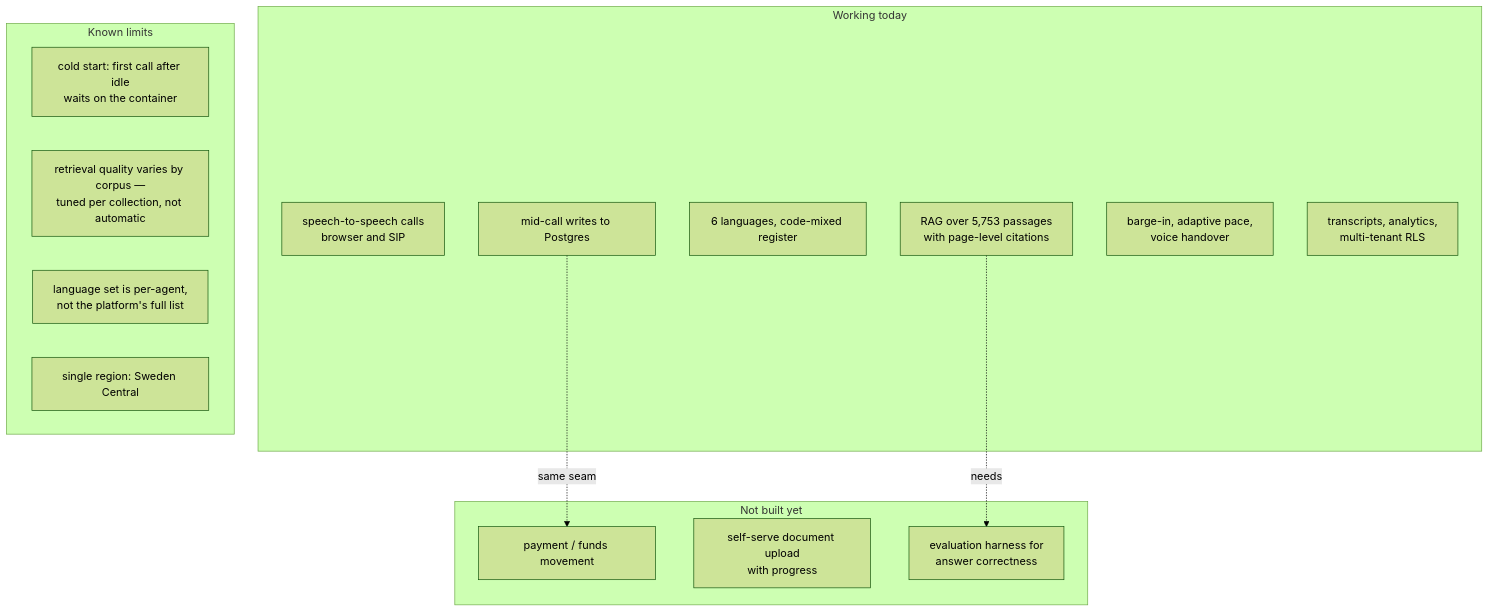
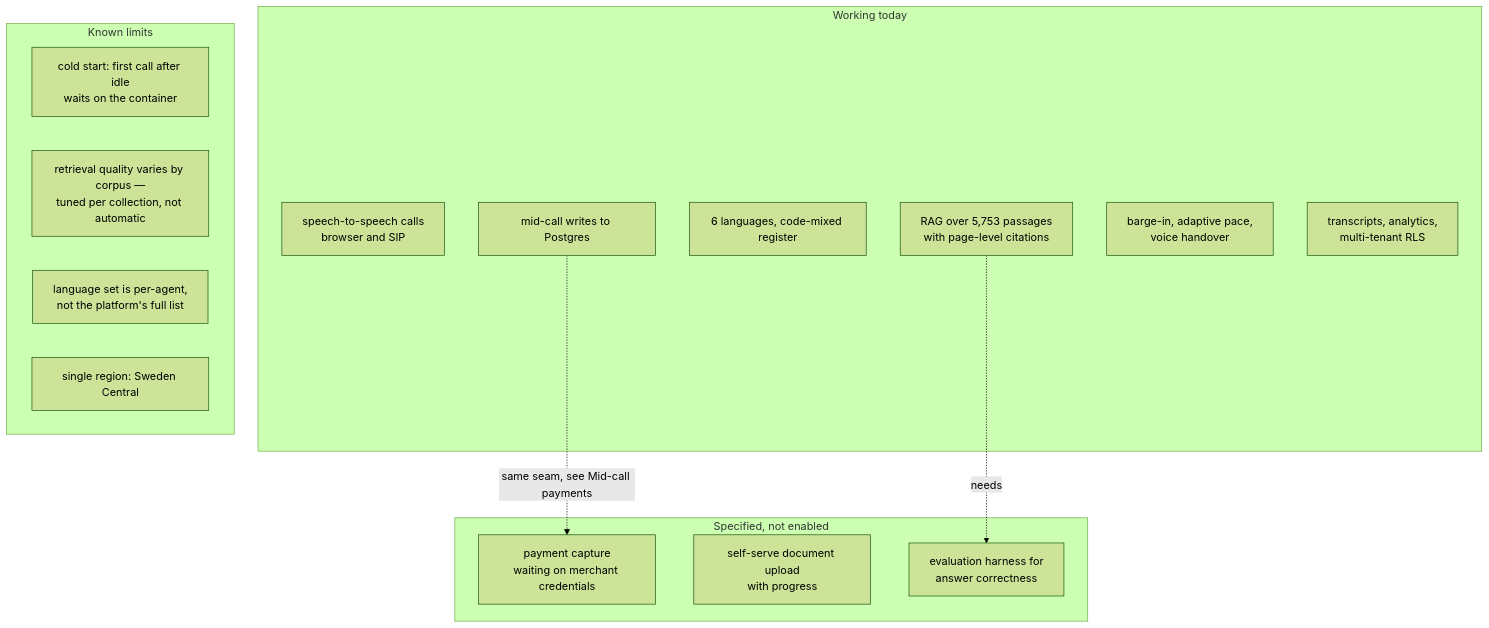
The seventh of 7 diagrams in README.md (imarnv/Appello), drawn with Mermaid (forest theme) before and after one commit. The commit also changed other lines of this file, not shown here.

````diff
--- a/README.md
+++ b/README.md
@@ -203,27 +325,27 @@
 ```mermaid
 flowchart TB
     subgraph Live["Working today"]
         L1["speech-to-speech calls<br/>browser and SIP"]
         L2["RAG over 5,753 passages<br/>with page-level citations"]
         L3["6 languages, code-mixed register"]
         L4["mid-call writes to Postgres"]
         L5["barge-in, adaptive pace,<br/>voice handover"]
         L6["transcripts, analytics,<br/>multi-tenant RLS"]
     end
 
-    subgraph Gap["Not built yet"]
-        G1["payment / funds movement"]
+    subgraph Gap["Specified, not enabled"]
+        G1["payment capture<br/>waiting on merchant credentials"]
         G2["self-serve document upload<br/>with progress"]
         G3["evaluation harness for<br/>answer correctness"]
     end
 
     subgraph Known["Known limits"]
         K1["cold start: first call after idle<br/>waits on the container"]
         K2["retrieval quality varies by corpus —<br/>tuned per collection, not automatic"]
         K3["language set is per-agent,<br/>not the platform's full list"]
         K4["single region: Sweden Central"]
     end
 
-    L4 -.->|"same seam"| G1
+    L4 -.->|"same seam, see Mid-call payments"| G1
     L2 -.->|"needs"| G3
 ```
````
